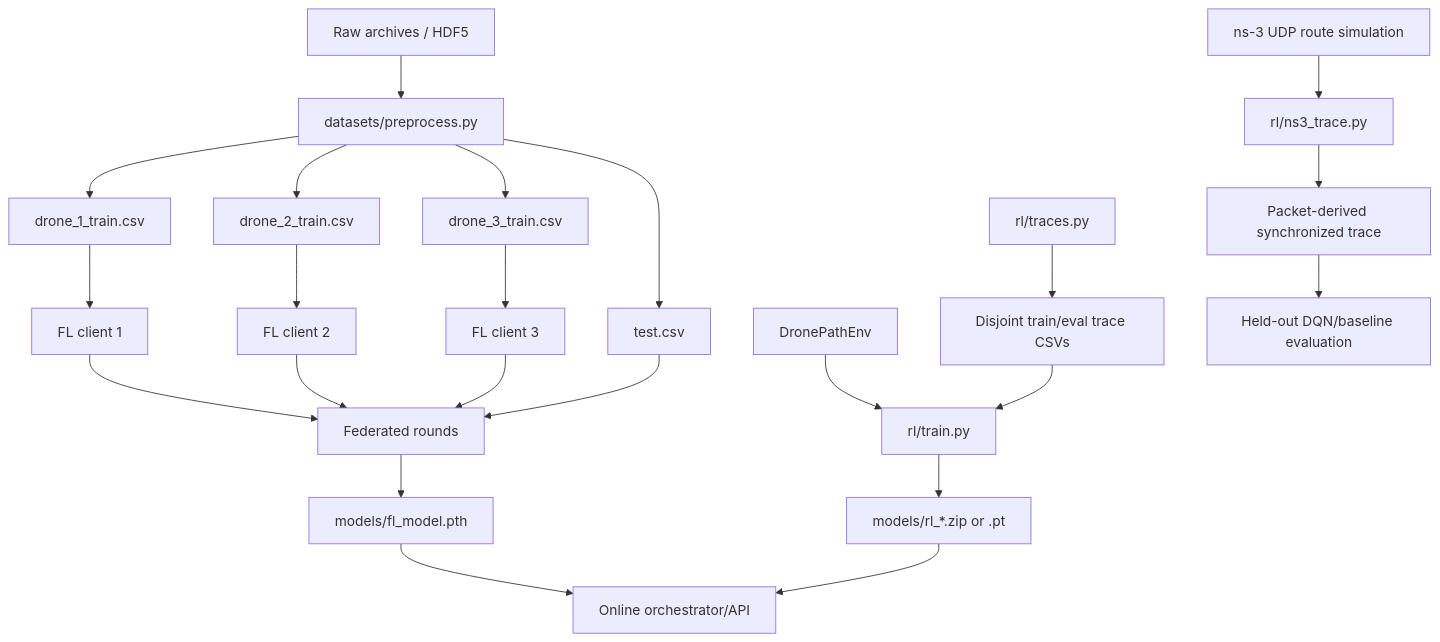
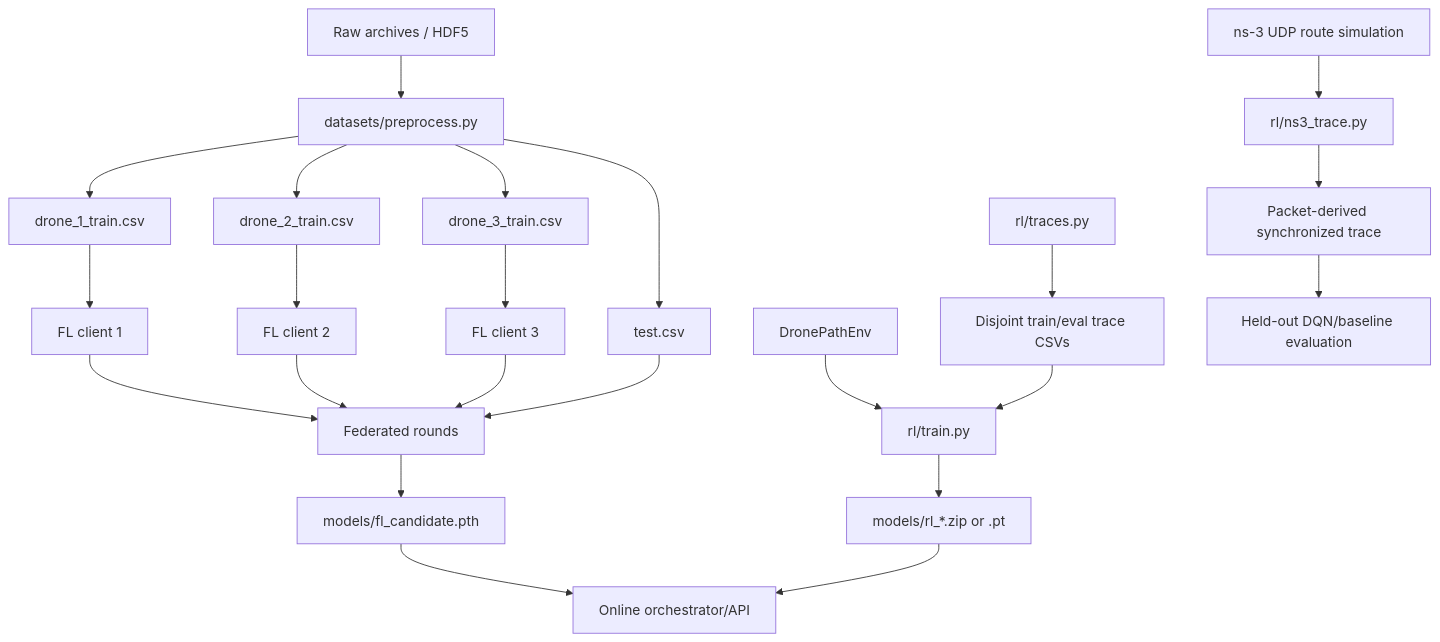
The third of 8 diagrams in README.md (aaravkohli/FLARE), drawn with Mermaid before and after one commit. The commit also changed other lines of this file and 129 other files, not shown here.

````diff
--- a/README.md
+++ b/README.md
@@ -185,26 +203,26 @@
 ```mermaid
 flowchart TD
     RAW["Raw archives / HDF5"] --> PRE["datasets/preprocess.py"]
     PRE --> CSV1["drone_1_train.csv"]
     PRE --> CSV2["drone_2_train.csv"]
     PRE --> CSV3["drone_3_train.csv"]
     PRE --> TEST["test.csv"]
     CSV1 --> FC1["FL client 1"]
     CSV2 --> FC2["FL client 2"]
     CSV3 --> FC3["FL client 3"]
     FC1 --> FS["Federated rounds"]
     FC2 --> FS
     FC3 --> FS
-    FS --> FM["models/fl_model.pth"]
+    FS --> FM["models/fl_candidate.pth"]
     TEST --> FS
 
     ENV["DronePathEnv"] --> TRAIN["rl/train.py"]
     TG["rl/traces.py"] --> TRT["Disjoint train/eval trace CSVs"]
     NS3["ns-3 UDP route simulation"] --> NA["rl/ns3_trace.py"]
     NA --> NTR["Packet-derived synchronized trace"]
     TRT --> TRAIN
     NTR --> EVAL["Held-out DQN/baseline evaluation"]
     TRAIN --> RM["models/rl_*.zip or .pt"]
     FM --> RUN["Online orchestrator/API"]
     RM --> RUN
 ```
````
